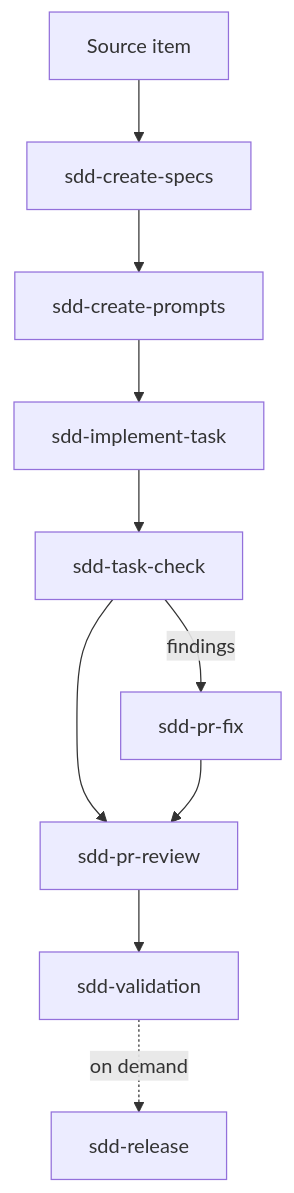
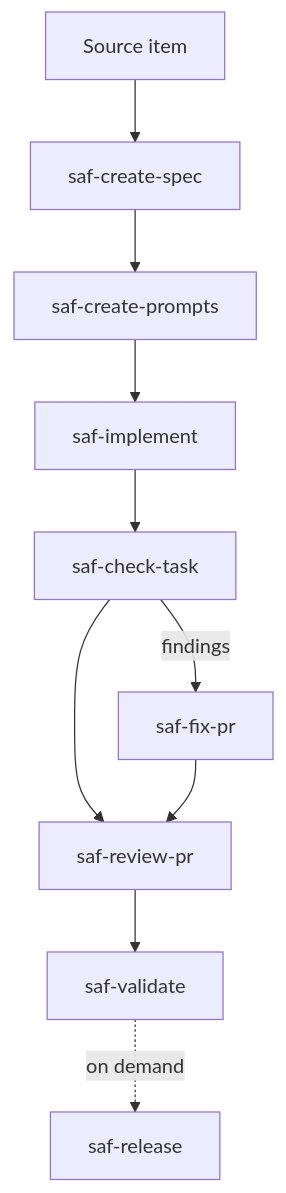
One commit to gmartins-dev/sdd-agentic-flow changed the second of 3 diagrams in docs/sdd-skills-usage-guide.md. Above: the diagram before and after it, drawn with Mermaid. The commit also changed other lines of this file and 97 other files, not shown here.

````diff
--- a/docs/sdd-skills-usage-guide.md
+++ b/docs/sdd-skills-usage-guide.md
@@ -62,12 +62,12 @@
 ```mermaid
 flowchart TD
-  Source[Source item] --> Specs[sdd-create-specs]
-  Specs --> Prompts[sdd-create-prompts]
-  Prompts --> Implement[sdd-implement-task]
-  Implement --> Check[sdd-task-check]
-  Check --> Review[sdd-pr-review]
-  Review --> Validation[sdd-validation]
-  Validation -.->|on demand| Release[sdd-release]
-  Check -->|findings| Fix[sdd-pr-fix]
+  Source[Source item] --> Specs[saf-create-spec]
+  Specs --> Prompts[saf-create-prompts]
+  Prompts --> Implement[saf-implement]
+  Implement --> Check[saf-check-task]
+  Check --> Review[saf-review-pr]
+  Review --> Validation[saf-validate]
+  Validation -.->|on demand| Release[saf-release]
+  Check -->|findings| Fix[saf-fix-pr]
   Fix --> Review
 ```
````
